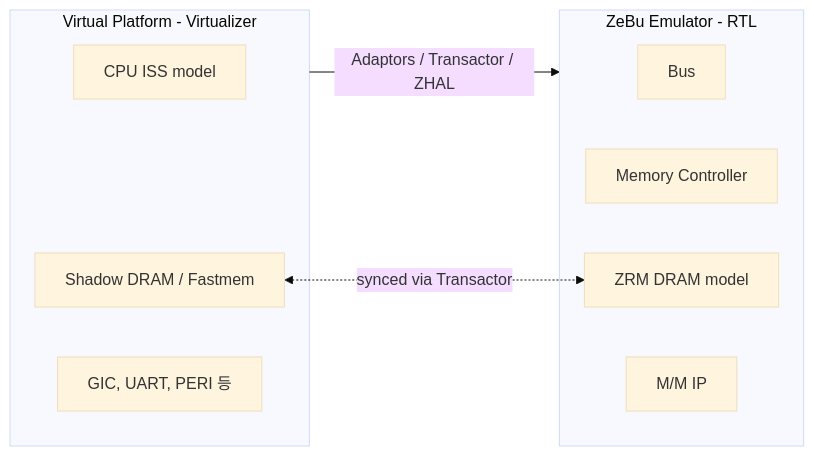
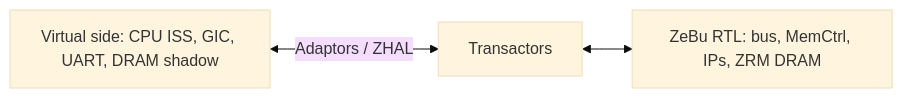
One commit to nemo99007/yt-paper changed the diagram in docs/papers/ref-20261018-3f06-hybrid-emulation-for-faster-android-home-screen-bring-up-and.md. Above: the diagram before and after it, drawn with Mermaid (base theme). The commit also changed other lines of this file and 172 other files, not shown here.

````diff
--- a/docs/papers/ref-20261018-3f06-hybrid-emulation-for-faster-android-home-screen-bring-up-and.md
+++ b/docs/papers/ref-20261018-3f06-hybrid-emulation-for-faster-android-home-screen-bring-up-and.md
@@ -281,16 +212,5 @@
 ```mermaid
 flowchart LR
-  subgraph VP[Virtual Platform - Virtualizer]
-    CPU[CPU ISS model]
-    SHADOW[Shadow DRAM / Fastmem]
-    PER[GIC, UART, PERI 등]
-  end
-  subgraph EMU[ZeBu Emulator - RTL]
-    BUS[Bus]
-    MC[Memory Controller]
-    DRAM[ZRM DRAM model]
-    IP[M/M IP]
-  end
-  VP -- Adaptors / Transactor / ZHAL --> EMU
-  SHADOW <-. synced via Transactor .-> DRAM
+  VP["Virtual side: CPU ISS, GIC, UART, DRAM shadow"] <-->|"Adaptors / ZHAL"| TR[Transactors]
+  TR <--> HW["ZeBu RTL: bus, MemCtrl, IPs, ZRM DRAM"]
 ```
````
